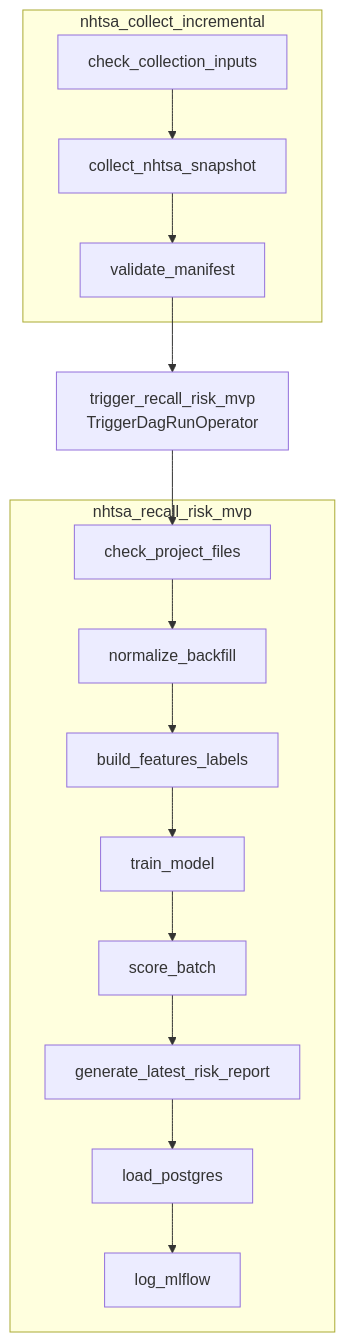
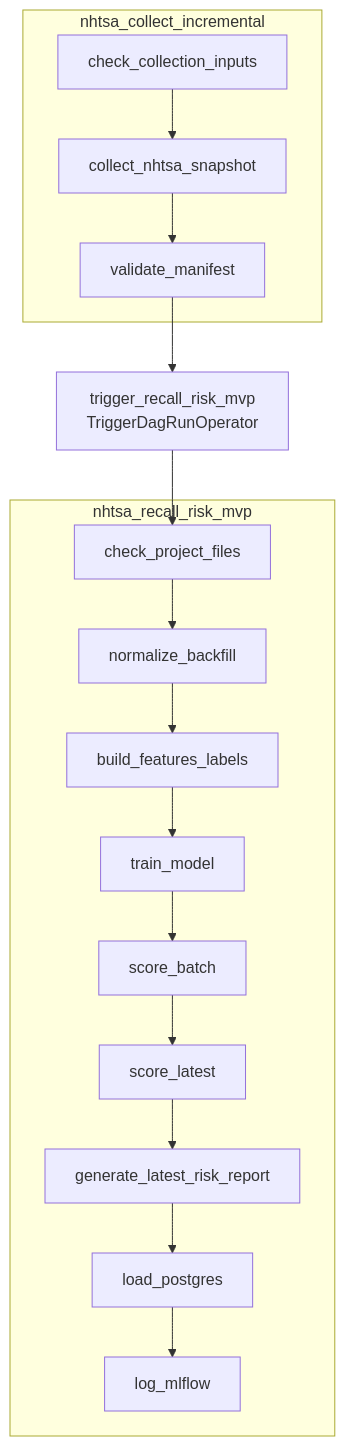
One commit to belucent0/vehicle-recall-risk-mlops changed the second of 5 diagrams in docs/ARCHITECTURE_VISUALIZATION.md. Above: the diagram before and after it, drawn with Mermaid. The commit also changed other lines of this file and 15 other files, not shown here.

Commit message:
Add model-based latest risk scoring API

````diff
--- a/docs/ARCHITECTURE_VISUALIZATION.md
+++ b/docs/ARCHITECTURE_VISUALIZATION.md
@@ -118,24 +124,25 @@
 ```mermaid
 flowchart TB
     subgraph collect["nhtsa_collect_incremental"]
         a["check_collection_inputs"]
         b["collect_nhtsa_snapshot"]
         c["validate_manifest"]
         a --> b --> c
     end
 
     subgraph process["nhtsa_recall_risk_mvp"]
         p0["check_project_files"]
         p1["normalize_backfill"]
         p2["build_features_labels"]
         p3["train_model"]
         p4["score_batch"]
-        p5["generate_latest_risk_report"]
-        p6["load_postgres"]
-        p7["log_mlflow"]
-        p0 --> p1 --> p2 --> p3 --> p4 --> p5 --> p6 --> p7
+        p5["score_latest"]
+        p6["generate_latest_risk_report"]
+        p7["load_postgres"]
+        p8["log_mlflow"]
+        p0 --> p1 --> p2 --> p3 --> p4 --> p5 --> p6 --> p7 --> p8
     end
 
     c --> t["trigger_recall_risk_mvp<br/>TriggerDagRunOperator"]
     t --> p0
 ```
````
